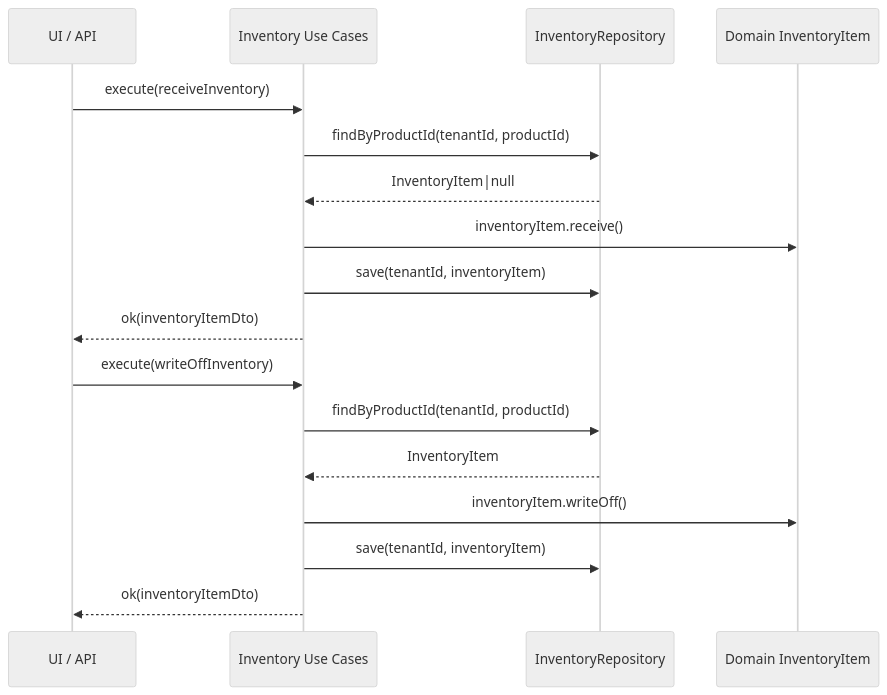
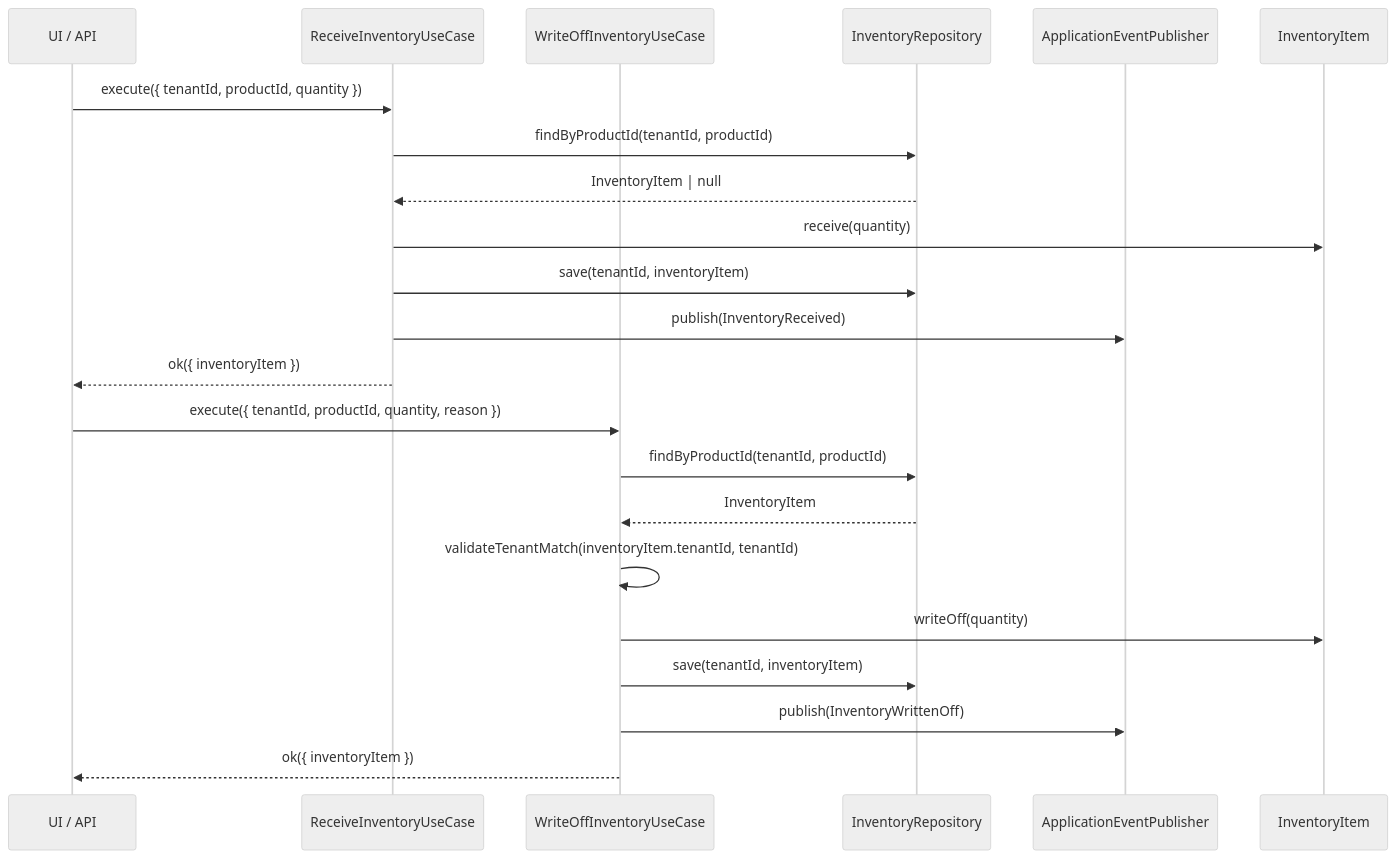
Before and after one commit to AASH2909/ff: the fifth of 5 diagrams in docs/application-layer.md, drawn with Mermaid (neutral theme). The commit also changed other lines of this file and 40 other files, not shown here.

````diff
--- a/docs/application-layer.md
+++ b/docs/application-layer.md
@@ -165,21 +205,26 @@
 ```mermaid
 sequenceDiagram
-    participant UI as UI / API
-    participant UC as Inventory Use Cases
-    participant IR as InventoryRepository
-    participant DM as Domain InventoryItem
+    participant Client as UI / API
+    participant Receive as ReceiveInventoryUseCase
+    participant WriteOff as WriteOffInventoryUseCase
+    participant Repo as InventoryRepository
+    participant Events as ApplicationEventPublisher
+    participant Domain as InventoryItem
 
-    UI->>UC: execute(receiveInventory)
-    UC->>IR: findByProductId(tenantId, productId)
-    IR-->>UC: InventoryItem|null
-    UC->>DM: inventoryItem.receive()
-    UC->>IR: save(tenantId, inventoryItem)
-    UC-->>UI: ok(inventoryItemDto)
+    Client->>Receive: execute({ tenantId, productId, quantity })
+    Receive->>Repo: findByProductId(tenantId, productId)
+    Repo-->>Receive: InventoryItem | null
+    Receive->>Domain: receive(quantity)
+    Receive->>Repo: save(tenantId, inventoryItem)
+    Receive->>Events: publish(InventoryReceived)
+    Receive-->>Client: ok({ inventoryItem })
 
-    UI->>UC: execute(writeOffInventory)
-    UC->>IR: findByProductId(tenantId, productId)
-    IR-->>UC: InventoryItem
-    UC->>DM: inventoryItem.writeOff()
-    UC->>IR: save(tenantId, inventoryItem)
-    UC-->>UI: ok(inventoryItemDto)
+    Client->>WriteOff: execute({ tenantId, productId, quantity, reason })
+    WriteOff->>Repo: findByProductId(tenantId, productId)
+    Repo-->>WriteOff: InventoryItem
+    WriteOff->>WriteOff: validateTenantMatch(inventoryItem.tenantId, tenantId)
+    WriteOff->>Domain: writeOff(quantity)
+    WriteOff->>Repo: save(tenantId, inventoryItem)
+    WriteOff->>Events: publish(InventoryWrittenOff)
+    WriteOff-->>Client: ok({ inventoryItem })
 ```
````
